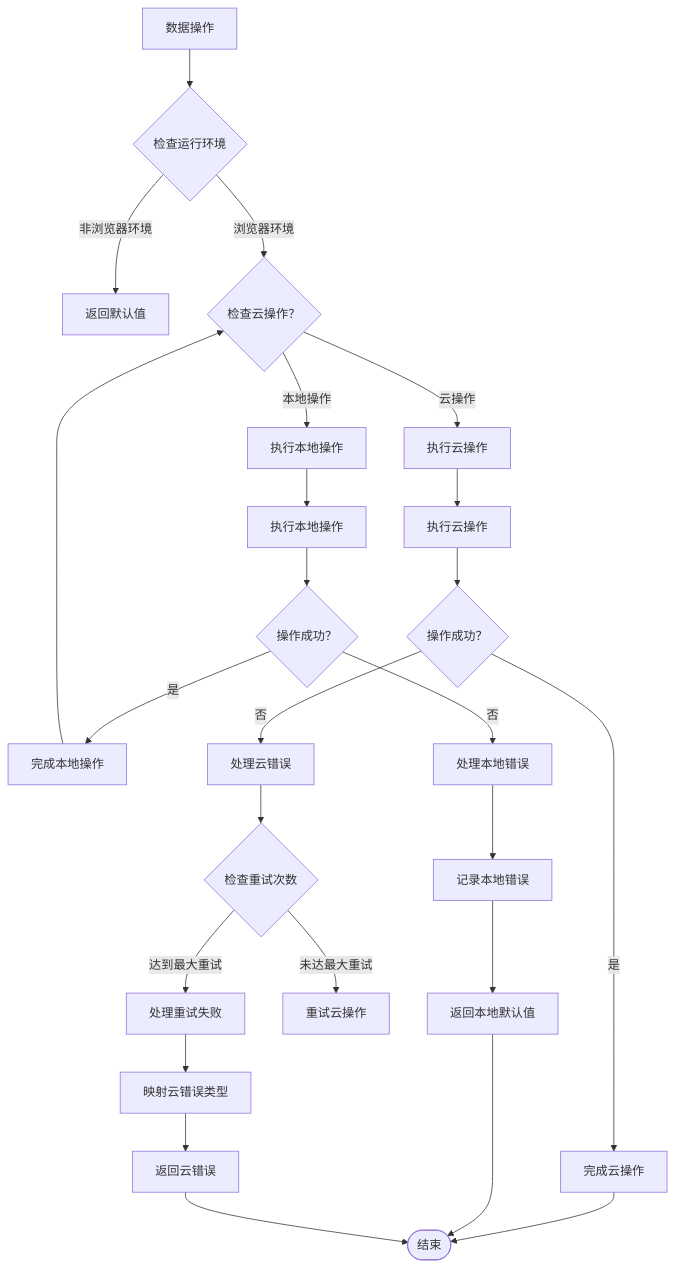
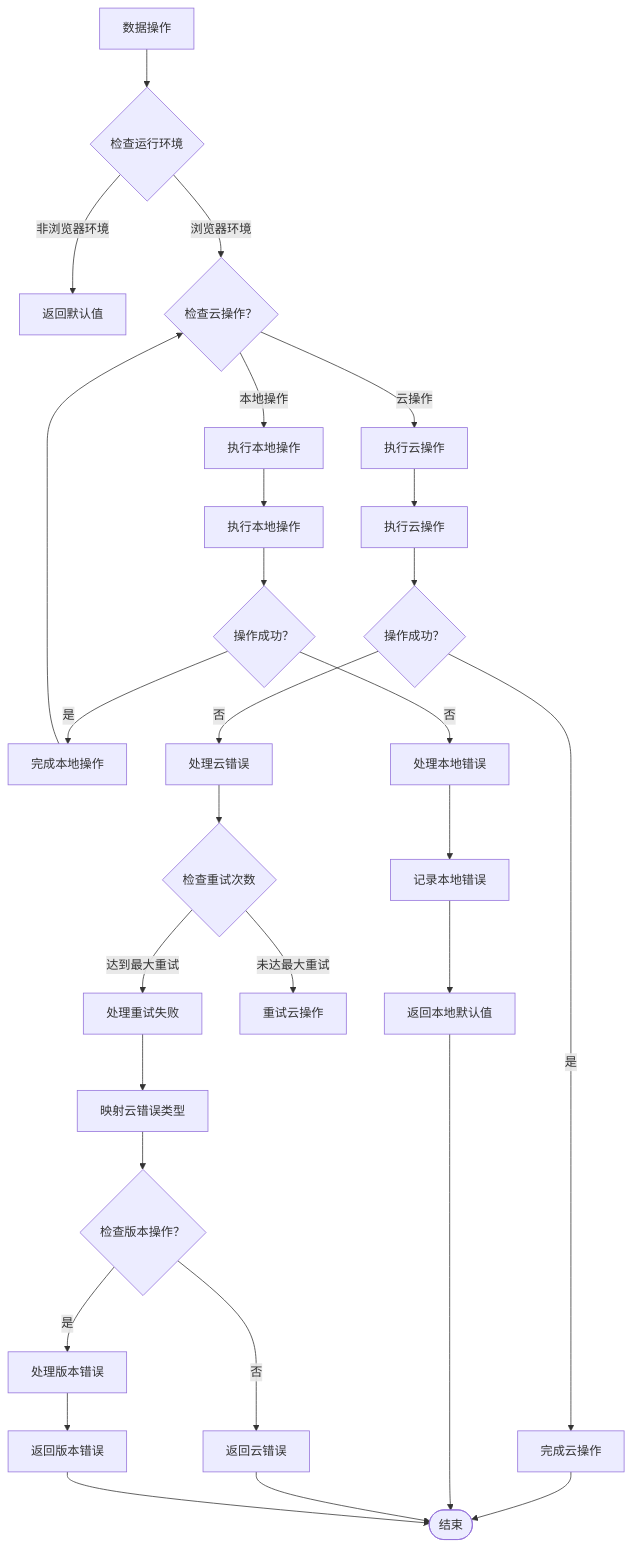
One commit to steveyu2/formula-mapper changed the fifth of 6 diagrams in .qoder/repowiki/zh/content/API参考/数据存储API.md. Above: the diagram before and after it, drawn with Mermaid. The commit also changed other lines of this file and 7 other files, not shown here.

````diff
--- a/.qoder/repowiki/zh/content/API参考/数据存储API.md
+++ b/.qoder/repowiki/zh/content/API参考/数据存储API.md
@@ -489,27 +526,31 @@
 ```mermaid
 flowchart TD
 Operation[数据操作] --> CheckEnv{"检查运行环境"}
 CheckEnv --> |非浏览器环境| ReturnEmpty["返回默认值"]
 CheckEnv --> |浏览器环境| CheckCloud{"检查云操作？"}
 CheckCloud --> |本地操作| LocalOp["执行本地操作"]
 CheckCloud --> |云操作| CloudOp["执行云操作"]
 LocalOp --> TryLocal["执行本地操作"]
 TryLocal --> LocalSuccess{"操作成功？"}
 LocalSuccess --> |是| CompleteLocal["完成本地操作"]
 LocalSuccess --> |否| HandleLocalError["处理本地错误"]
 HandleLocalError --> LogLocalError["记录本地错误"]
 LogLocalError --> ReturnLocalDefault["返回本地默认值"]
 CompleteLocal --> CheckCloud
 CloudOp --> TryCloud["执行云操作"]
 TryCloud --> CloudSuccess{"操作成功？"}
 CloudSuccess --> |是| CompleteCloud["完成云操作"]
 CloudSuccess --> |否| HandleCloudError["处理云错误"]
 HandleCloudError --> CheckRetry{"检查重试次数"}
 CheckRetry --> |未达最大重试| RetryCloud["重试云操作"]
 CheckRetry --> |达到最大重试| HandleRetryError["处理重试失败"]
 HandleRetryError --> MapCloudError["映射云错误类型"]
-MapCloudError --> ReturnCloudError["返回云错误"]
+MapCloudError --> CheckVersionOp{"检查版本操作？"}
+CheckVersionOp --> |是| HandleVersionError["处理版本错误"]
+CheckVersionOp --> |否| ReturnCloudError["返回云错误"]
+HandleVersionError --> ReturnVersionError["返回版本错误"]
 CompleteCloud --> End([结束])
 ReturnLocalDefault --> End
 ReturnCloudError --> End
+ReturnVersionError --> End
 ```
````
